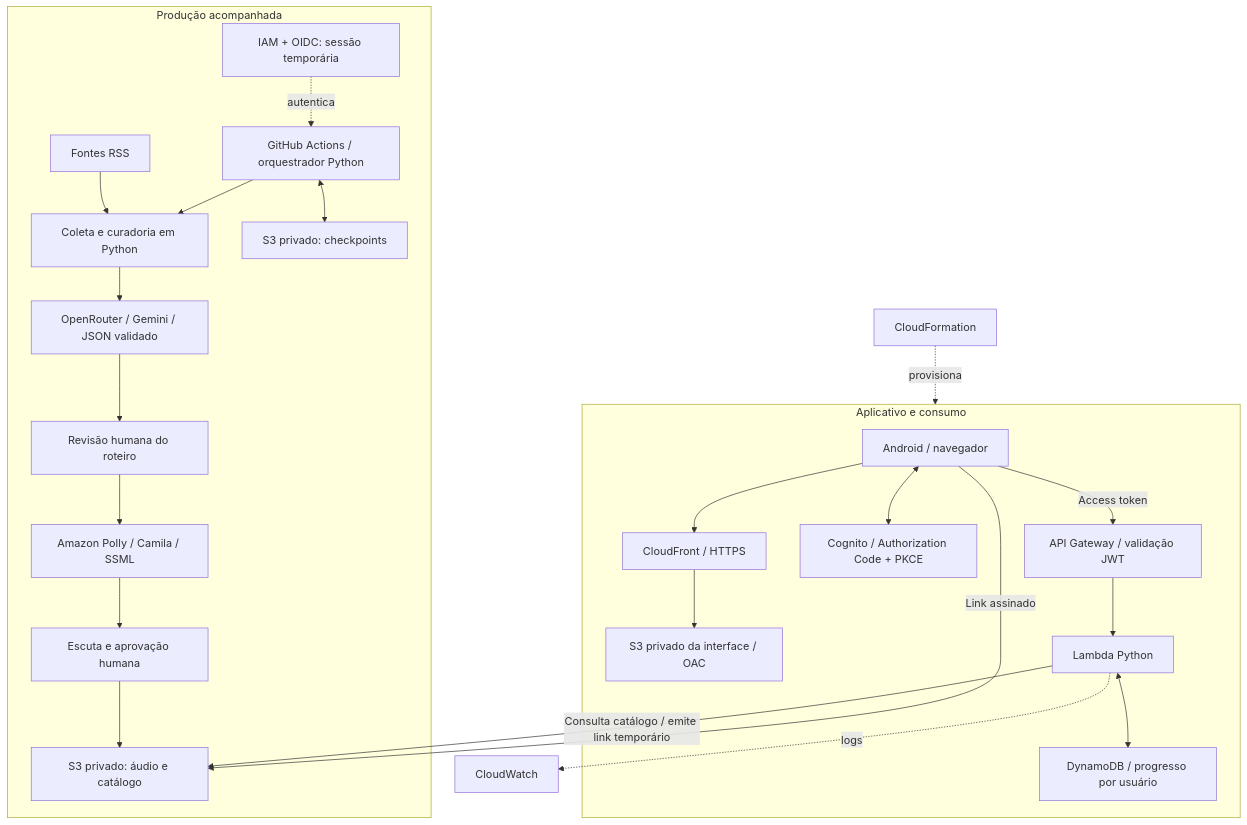
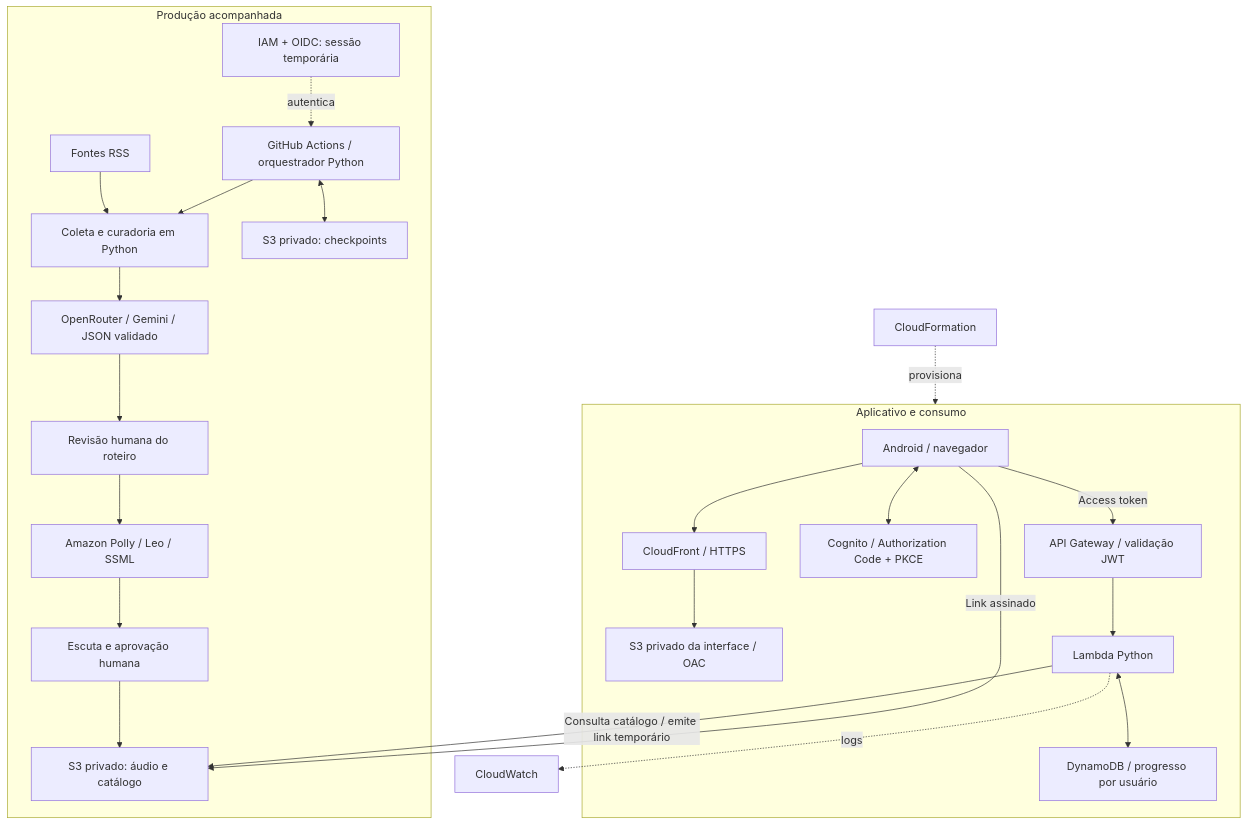
One commit to jjsjunior3/radar-ia changed the diagram in README.md. Above: the diagram before and after it, drawn with Mermaid. The commit also changed other lines of this file and 18 other files, not shown here.

````diff
--- a/README.md
+++ b/README.md
@@ -36,27 +36,27 @@
 ```mermaid
 flowchart TB
     subgraph PROD[Produção acompanhada]
         GH[GitHub Actions / orquestrador Python]
         RSS[Fontes RSS] --> COLETA[Coleta e curadoria em Python]
         GH --> COLETA
         COLETA --> LLM[OpenRouter / Gemini / JSON validado]
         LLM --> R1[Revisão humana do roteiro]
-        R1 --> POLLY[Amazon Polly / Camila / SSML]
+        R1 --> POLLY[Amazon Polly / Leo / SSML]
         POLLY --> R2[Escuta e aprovação humana]
         R2 --> AUDIO[S3 privado: áudio e catálogo]
         GH <--> STATE[S3 privado: checkpoints]
         OIDC[IAM + OIDC: sessão temporária] -. autentica .-> GH
     end
     subgraph APP[Aplicativo e consumo]
         CLIENT[Android / navegador] --> CDN[CloudFront / HTTPS]
         CDN --> WEB[S3 privado da interface / OAC]
         CLIENT <--> COG[Cognito / Authorization Code + PKCE]
         CLIENT -->|Access token| API[API Gateway / validação JWT]
         API --> FN[Lambda Python]
         FN <--> DDB[DynamoDB / progresso por usuário]
         FN -->|Consulta catálogo / emite link temporário| AUDIO
         CLIENT -->|Link assinado| AUDIO
     end
     CFN[CloudFormation] -. provisiona .-> APP
     FN -. logs .-> LOG[CloudWatch]
 ```
````
